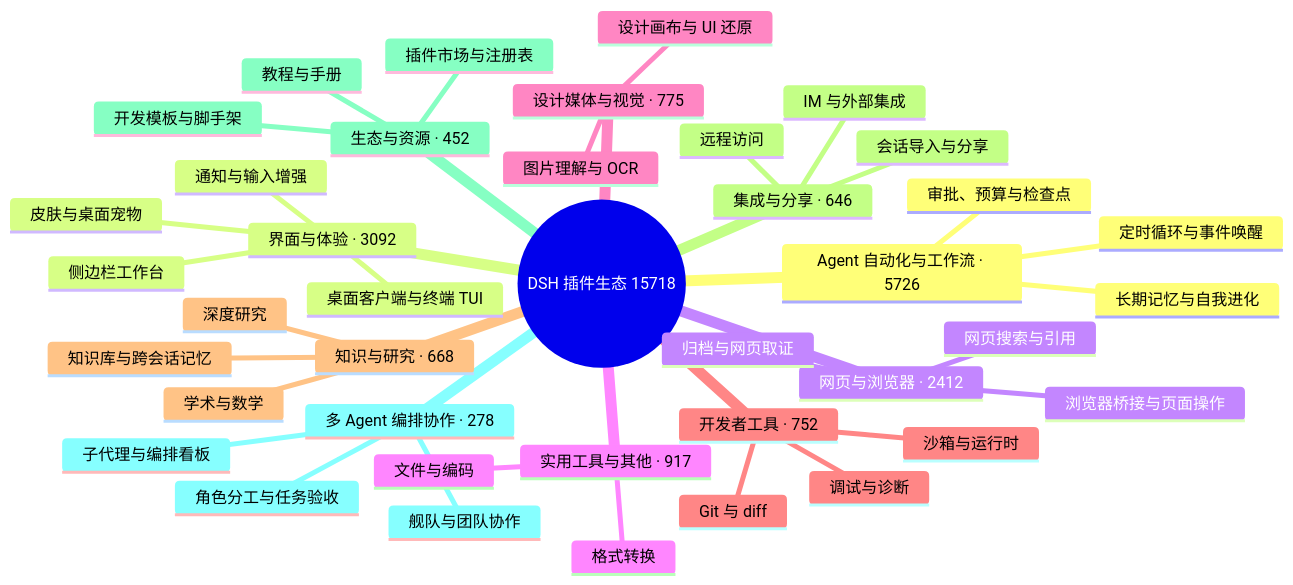
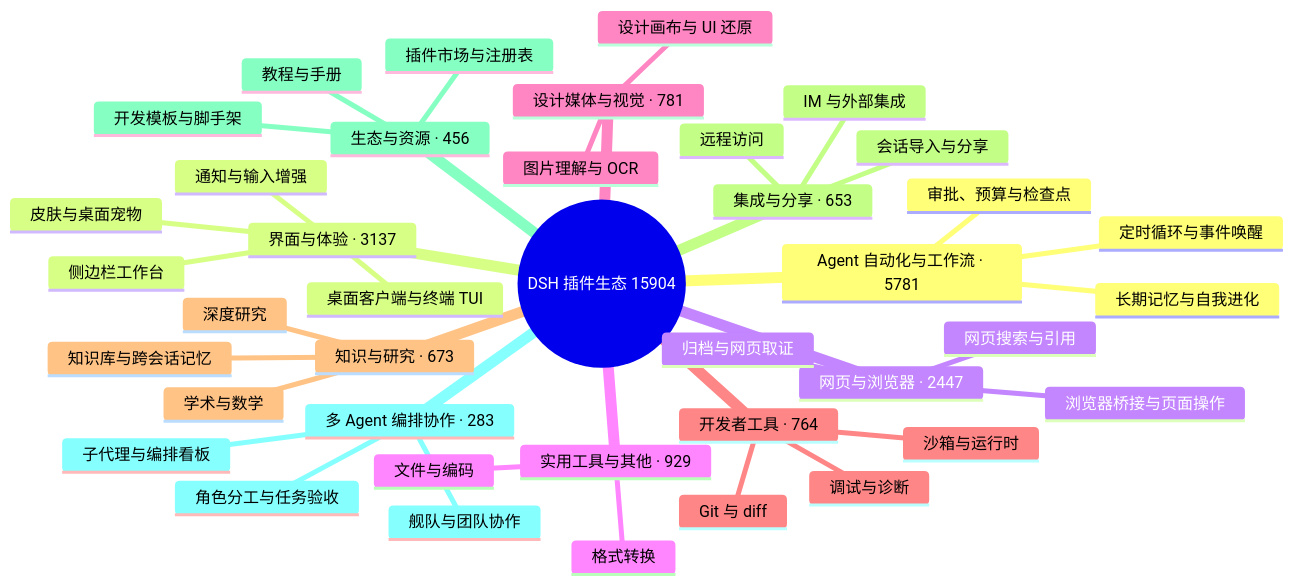
One commit to bruc3van/awesome-dsh-plugin changed the diagram in README.md. Above: the diagram before and after it, drawn with Mermaid. The commit also changed other lines of this file and 22 other files, not shown here.

````diff
--- a/README.md
+++ b/README.md
@@ -16,43 +16,43 @@
 ```mermaid
 mindmap
-  root((DSH 插件生态 15718))
-    Agent 自动化与工作流 · 5726
+  root((DSH 插件生态 15904))
+    Agent 自动化与工作流 · 5781
       定时循环与事件唤醒
       长期记忆与自我进化
       审批、预算与检查点
-    界面与体验 · 3092
+    界面与体验 · 3137
       桌面客户端与终端 TUI
       侧边栏工作台
       皮肤与桌面宠物
       通知与输入增强
-    网页与浏览器 · 2412
+    网页与浏览器 · 2447
       浏览器桥接与页面操作
       网页搜索与引用
       归档与网页取证
-    实用工具与其他 · 917
+    实用工具与其他 · 929
       文件与编码
       格式转换
-    设计媒体与视觉 · 775
+    设计媒体与视觉 · 781
       图片理解与 OCR
       设计画布与 UI 还原
-    开发者工具 · 752
+    开发者工具 · 764
       Git 与 diff
       沙箱与运行时
       调试与诊断
-    知识与研究 · 668
+    知识与研究 · 673
       知识库与跨会话记忆
       深度研究
       学术与数学
-    集成与分享 · 646
+    集成与分享 · 653
       会话导入与分享
       远程访问
       IM 与外部集成
-    生态与资源 · 452
+    生态与资源 · 456
       插件市场与注册表
       开发模板与脚手架
       教程与手册
-    多 Agent 编排协作 · 278
+    多 Agent 编排协作 · 283
       子代理与编排看板
       舰队与团队协作
       角色分工与任务验收
 ```
````
